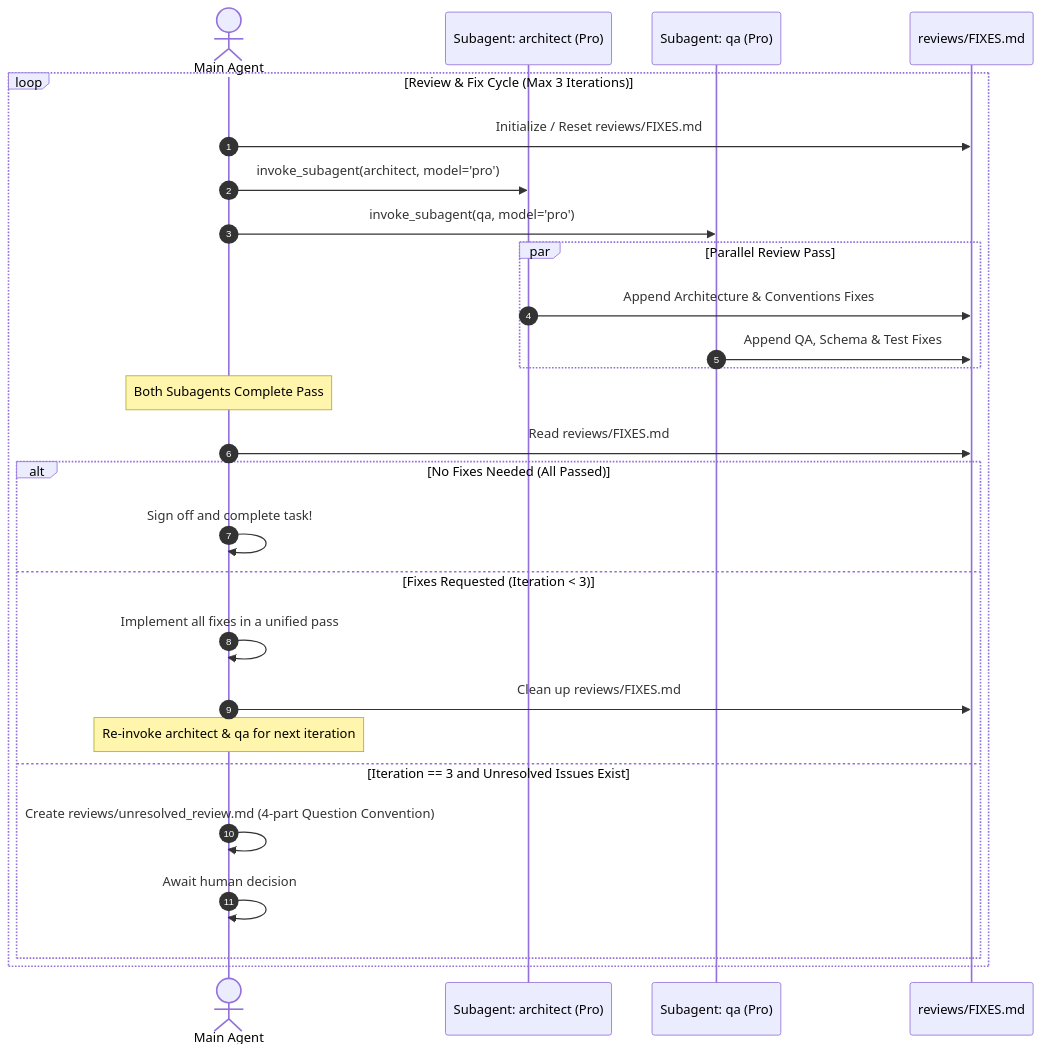
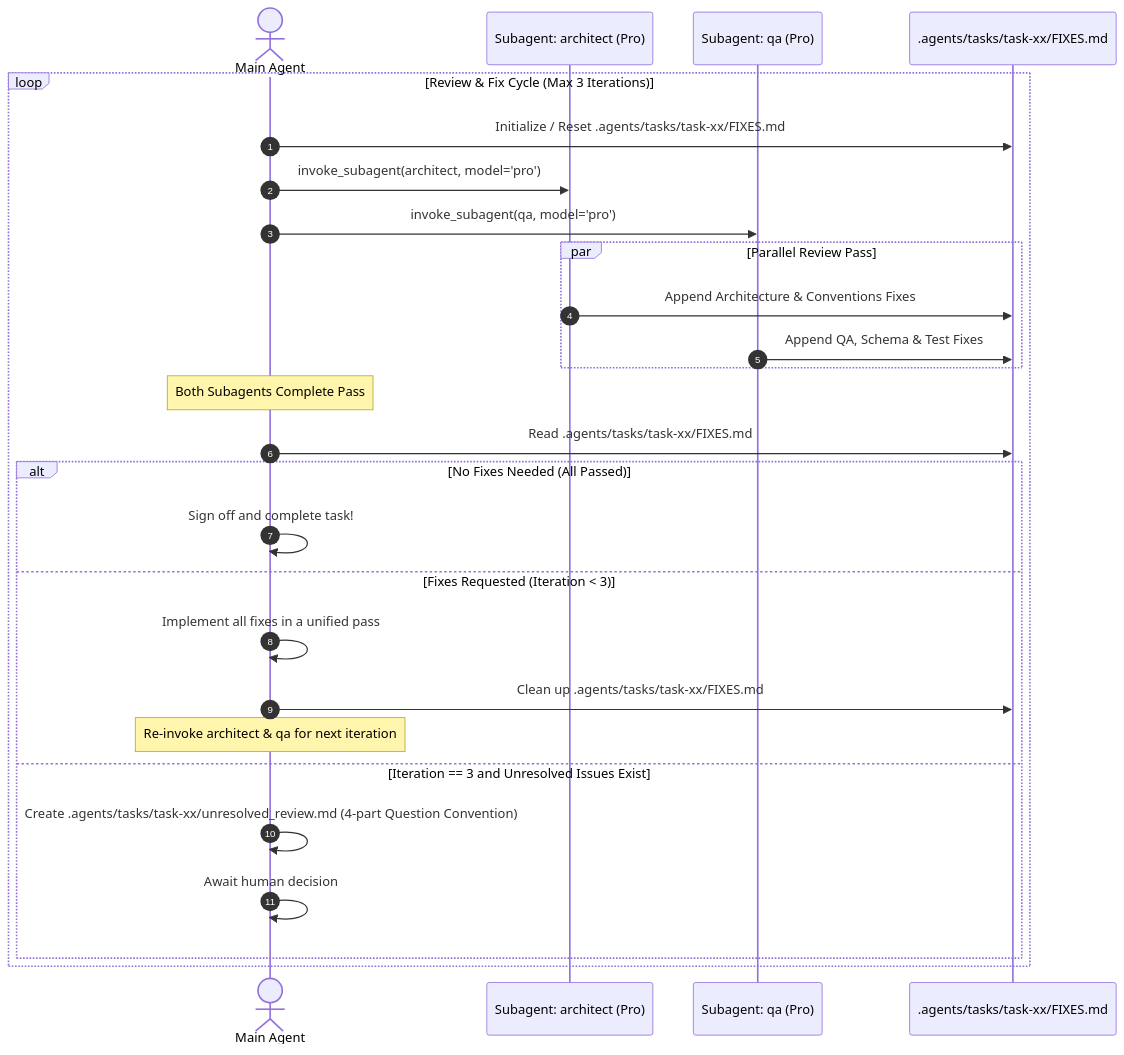
One commit to aiagentspoc/mcp-server changed the diagram in .agents/workflows/review_cycle.md. Above: the diagram before and after it, drawn with Mermaid. The commit also changed other lines of this file and 5 other files, not shown here.

````diff
--- a/.agents/workflows/review_cycle.md
+++ b/.agents/workflows/review_cycle.md
@@ -9,33 +9,33 @@
 ```mermaid
 sequenceDiagram
     autonumber
     actor Main as Main Agent
     participant Arch as Subagent: architect (Pro)
     participant QA as Subagent: qa (Pro)
-    participant Fixes as reviews/FIXES.md
+    participant Fixes as .agents/tasks/task-xx/FIXES.md
 
     loop Review & Fix Cycle (Max 3 Iterations)
-        Main->>Fixes: Initialize / Reset reviews/FIXES.md
+        Main->>Fixes: Initialize / Reset .agents/tasks/task-xx/FIXES.md
         Main->>Arch: invoke_subagent(architect, model='pro')
         Main->>QA: invoke_subagent(qa, model='pro')
         
         par Parallel Review Pass
             Arch->>Fixes: Append Architecture & Conventions Fixes
             QA->>Fixes: Append QA, Schema & Test Fixes
         end
         
         Note over Main: Both Subagents Complete Pass
-        Main->>Fixes: Read reviews/FIXES.md
+        Main->>Fixes: Read .agents/tasks/task-xx/FIXES.md
         
         alt No Fixes Needed (All Passed)
             Main->>Main: Sign off and complete task!
         else Fixes Requested (Iteration < 3)
             Main->>Main: Implement all fixes in a unified pass
-            Main->>Fixes: Clean up reviews/FIXES.md
+            Main->>Fixes: Clean up .agents/tasks/task-xx/FIXES.md
             Note over Main: Re-invoke architect & qa for next iteration
         else Iteration == 3 and Unresolved Issues Exist
-            Main->>Main: Create reviews/unresolved_review.md (4-part Question Convention)
+            Main->>Main: Create .agents/tasks/task-xx/unresolved_review.md (4-part Question Convention)
             Main->>Main: Await human decision
         end
     end
 ```
````
